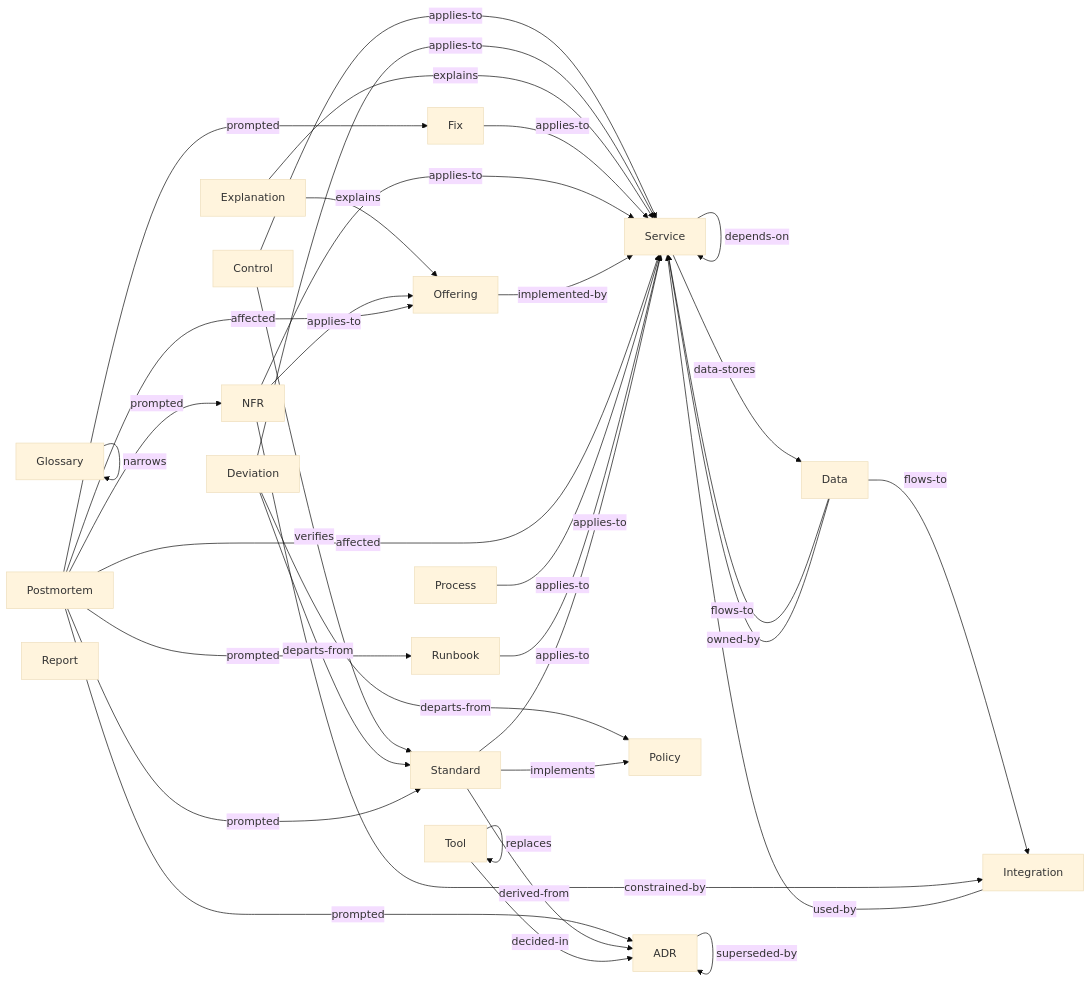
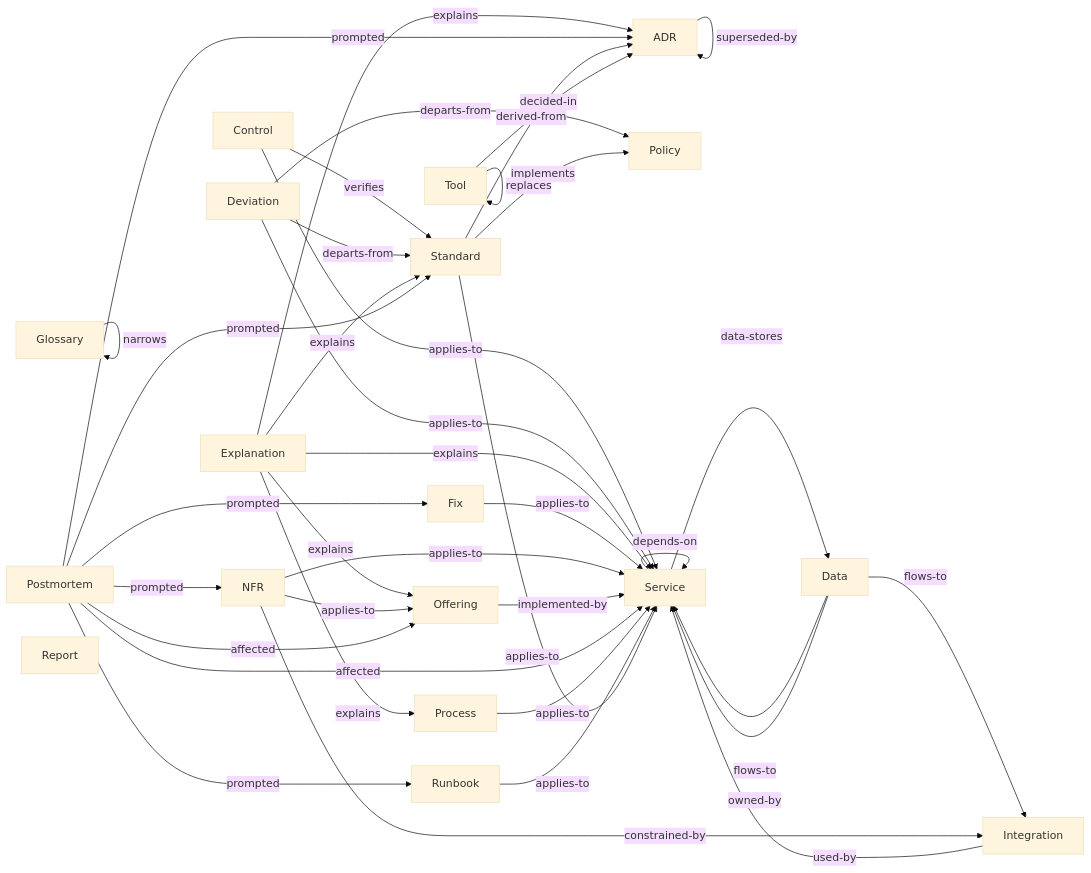
Before and after one commit to paul80nd/knowledge-as-code: the diagram in template/knowledge-as-code/taxonomy.md, drawn with Mermaid (base theme). The commit also changed other lines of this file and 17 other files, not shown here.

````diff
--- a/template/knowledge-as-code/taxonomy.md
+++ b/template/knowledge-as-code/taxonomy.md
@@ -146,56 +146,59 @@
 ```mermaid
 graph LR;
   t_adrs[ADR];
   t_controls[Control];
   t_data[Data];
   t_deviations[Deviation];
   t_explanations[Explanation];
   t_fixes[Fix];
   t_glossary[Glossary];
   t_integrations[Integration];
   t_nfrs[NFR];
   t_offerings[Offering];
   t_policies[Policy];
   t_postmortems[Postmortem];
   t_processes[Process];
   t_reports[Report];
   t_runbooks[Runbook];
   t_services[Service];
   t_standards[Standard];
   t_tools[Tool];
   t_adrs -- related --> t_adrs;
   t_adrs -- superseded-by --> t_adrs;
   t_controls -- applies-to --> t_services;
   t_controls -- verifies --> t_standards;
   t_data -- flows-to --> t_services;
   t_data -- flows-to --> t_integrations;
   t_data -- owned-by --> t_services;
   t_deviations -- applies-to --> t_services;
   t_deviations -- departs-from --> t_policies;
   t_deviations -- departs-from --> t_standards;
   t_explanations -- explains --> t_services;
   t_explanations -- explains --> t_offerings;
+  t_explanations -- explains --> t_standards;
+  t_explanations -- explains --> t_processes;
+  t_explanations -- explains --> t_adrs;
   t_fixes -- applies-to --> t_services;
   t_glossary -- narrows --> t_glossary;
   t_integrations -- used-by --> t_services;
   t_nfrs -- applies-to --> t_services;
   t_nfrs -- applies-to --> t_offerings;
   t_nfrs -- constrained-by --> t_integrations;
   t_offerings -- implemented-by --> t_services;
   t_postmortems -- affected --> t_services;
   t_postmortems -- affected --> t_offerings;
   t_postmortems -- prompted --> t_adrs;
   t_postmortems -- prompted --> t_runbooks;
   t_postmortems -- prompted --> t_nfrs;
   t_postmortems -- prompted --> t_fixes;
   t_postmortems -- prompted --> t_standards;
   t_processes -- applies-to --> t_services;
   t_runbooks -- applies-to --> t_services;
   t_services -- data-stores --> t_data;
   t_services -- depends-on --> t_services;
   t_standards -- applies-to --> t_services;
   t_standards -- derived-from --> t_adrs;
   t_standards -- implements --> t_policies;
   t_tools -- decided-in --> t_adrs;
   t_tools -- replaces --> t_tools;
 ```
````
